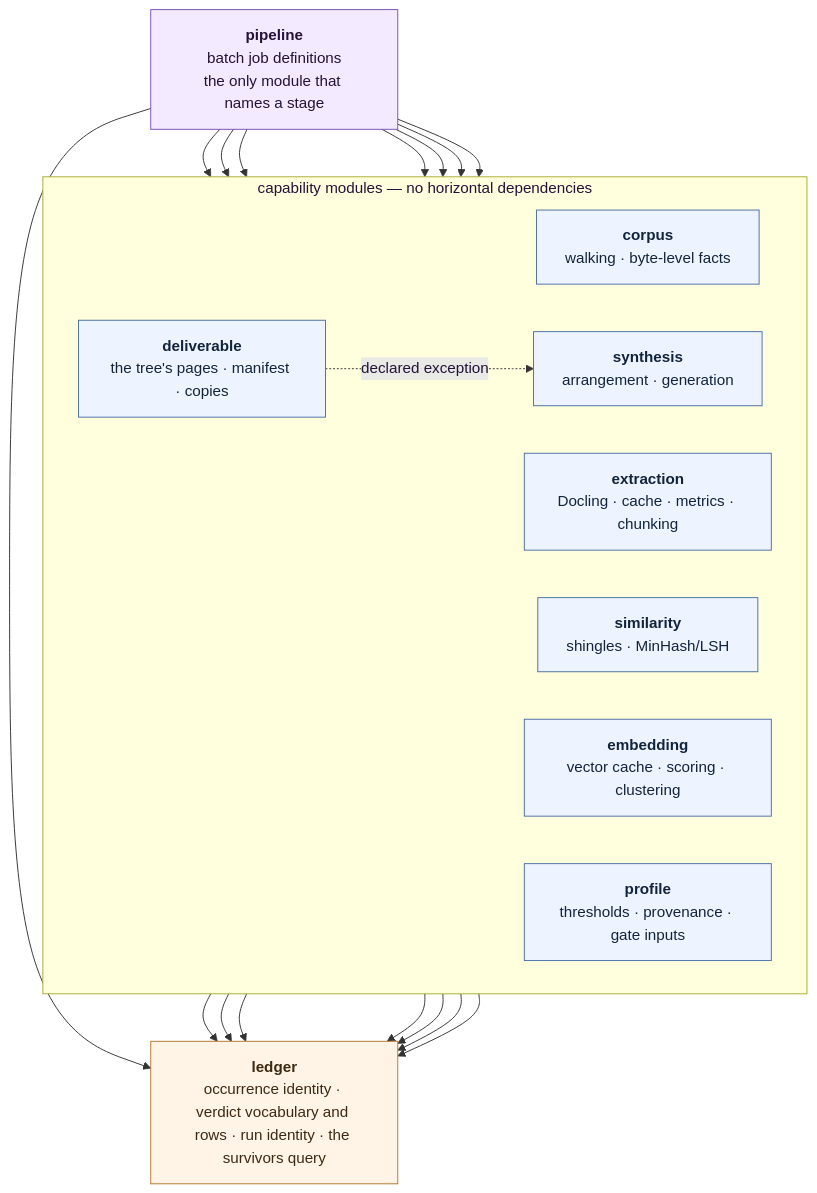
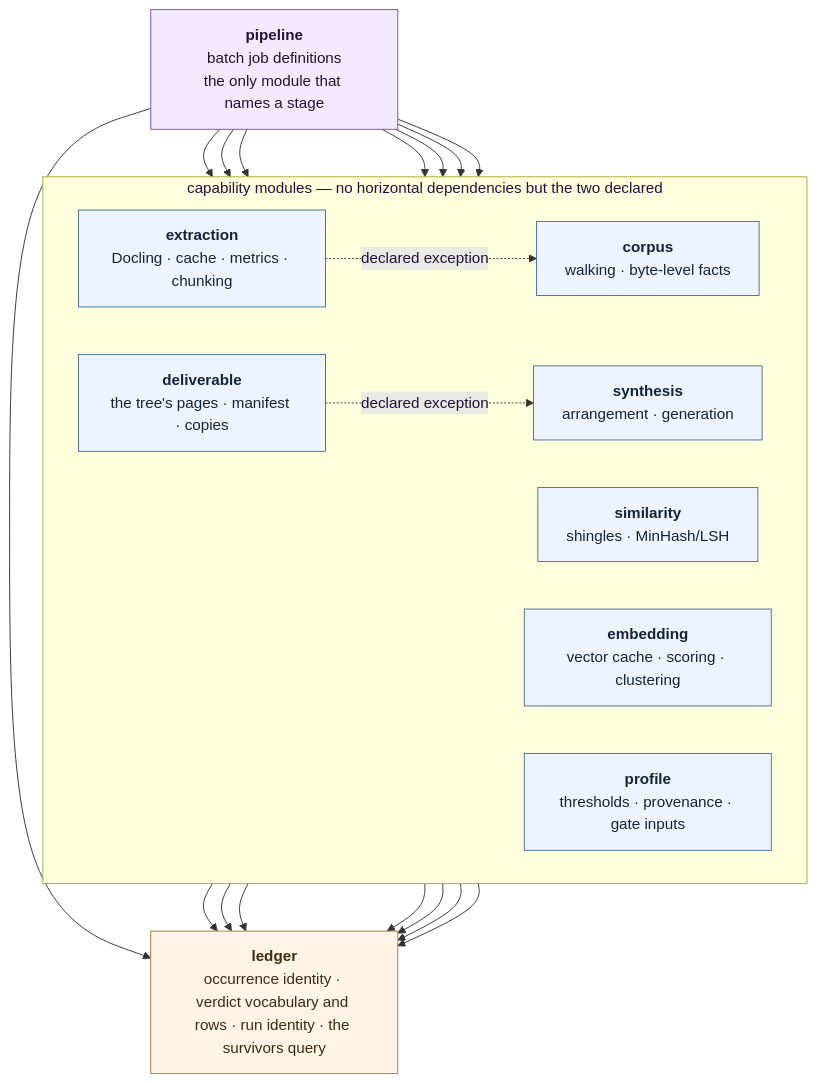
One commit to algernon28/vespera changed the fourth of 6 diagrams in docs/architecture.md. Above: the diagram before and after it, drawn with Mermaid. The commit also changed 9 other files, not shown here.

````diff
--- a/docs/architecture.md
+++ b/docs/architecture.md
@@ -187,42 +187,43 @@
 ```mermaid
 flowchart TD
     PIPELINE["<b>pipeline</b><br/>batch job definitions<br/>the only module that names a stage"]
 
-    subgraph CAPABILITIES["capability modules — no horizontal dependencies"]
+    subgraph CAPABILITIES["capability modules — no horizontal dependencies but the two declared"]
         direction LR
         CORPUS["<b>corpus</b><br/>walking · byte-level facts"]
         EXTRACTION["<b>extraction</b><br/>Docling · cache · metrics · chunking"]
         SIMILARITY["<b>similarity</b><br/>shingles · MinHash/LSH"]
         EMBEDDING["<b>embedding</b><br/>vector cache · scoring · clustering"]
         SYNTHESIS["<b>synthesis</b><br/>arrangement · generation"]
         PROFILE["<b>profile</b><br/>thresholds · provenance · gate inputs"]
         DELIVERABLE["<b>deliverable</b><br/>the tree's pages · manifest · copies"]
     end
 
     LEDGER["<b>ledger</b><br/>occurrence identity · verdict vocabulary and rows · run identity · the survivors query"]
 
     PIPELINE --> CORPUS
     PIPELINE --> EXTRACTION
     PIPELINE --> SIMILARITY
     PIPELINE --> EMBEDDING
     PIPELINE --> SYNTHESIS
     PIPELINE --> PROFILE
     PIPELINE --> DELIVERABLE
     PIPELINE --> LEDGER
 
     CORPUS --> LEDGER
     EXTRACTION --> LEDGER
     SIMILARITY --> LEDGER
     EMBEDDING --> LEDGER
     SYNTHESIS --> LEDGER
     PROFILE --> LEDGER
     DELIVERABLE --> LEDGER
     DELIVERABLE -. declared exception .-> SYNTHESIS
+    EXTRACTION -. declared exception .-> CORPUS
 
     classDef root fill:#f3eaff,stroke:#7a4fb5,color:#241238
     classDef cap fill:#eef4ff,stroke:#4a6fa5,color:#12243d
     classDef core fill:#fff4e6,stroke:#b5762a,color:#3d2a12
     class PIPELINE root
     class CORPUS,EXTRACTION,SIMILARITY,EMBEDDING,SYNTHESIS,PROFILE,DELIVERABLE cap
     class LEDGER core
 ```
````
